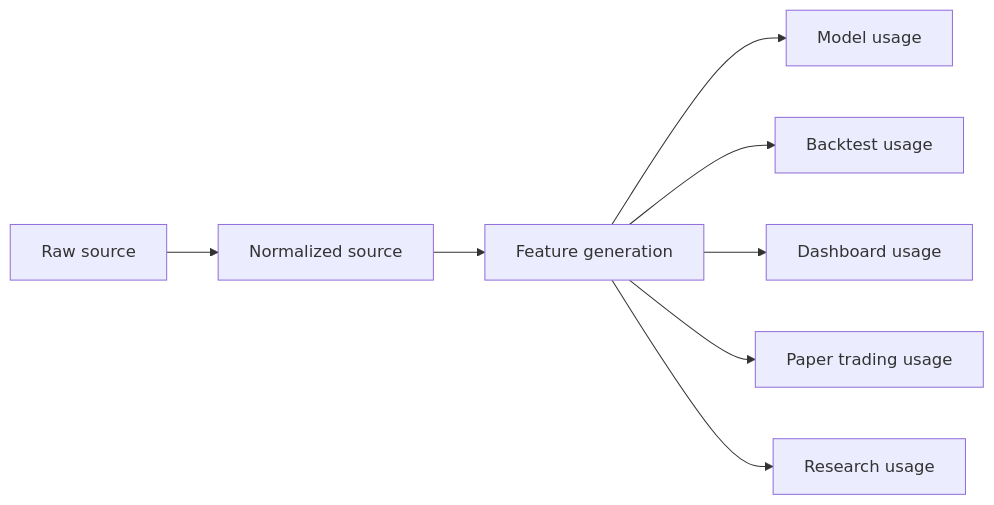
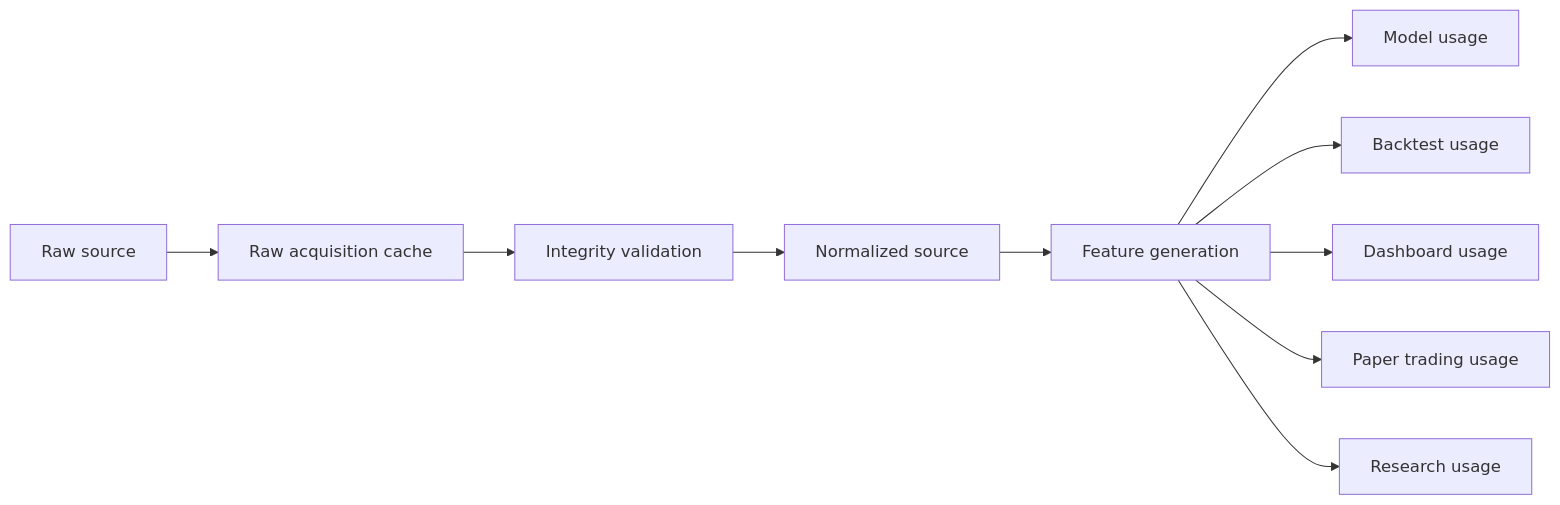
One commit to mazycksekou/Institutional-Multi-Market-Research-And-Capital-Allocation-Platform changed the diagram in docs/contracts/DATA_LINEAGE_CONTRACT.md. Above: the diagram before and after it, drawn with Mermaid. The commit also changed other lines of this file and 32 other files, not shown here.

````diff
--- a/docs/contracts/DATA_LINEAGE_CONTRACT.md
+++ b/docs/contracts/DATA_LINEAGE_CONTRACT.md
@@ -55,10 +56,12 @@
 ```mermaid
 flowchart LR
-  raw["Raw source"] --> normalized["Normalized source"]
+  raw["Raw source"] --> raw_cache["Raw acquisition cache"]
+  raw_cache --> validation["Integrity validation"]
+  validation --> normalized["Normalized source"]
   normalized --> features["Feature generation"]
   features --> model["Model usage"]
   features --> backtest["Backtest usage"]
   features --> dashboard["Dashboard usage"]
   features --> paper["Paper trading usage"]
   features --> research["Research usage"]
 ```
````
